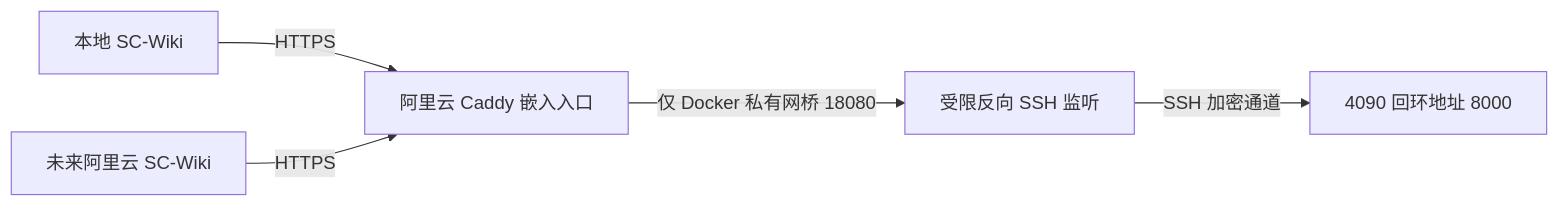
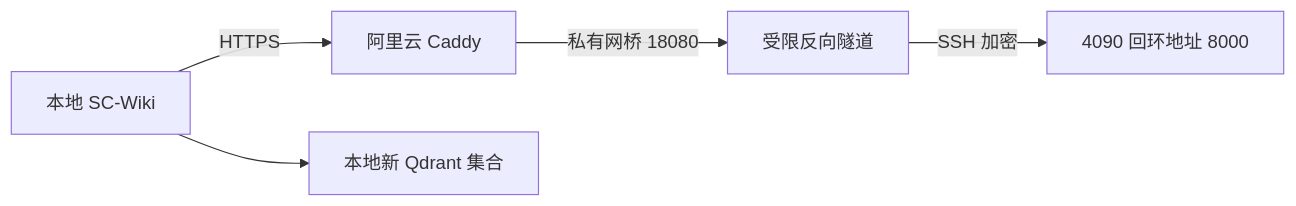
One commit to JLU-ICCMS-MaYuan/SC-Wiki changed the diagram in docs/specs/222-qwen3-embedding-service/plan.md. Above: the diagram before and after it, drawn with Mermaid. The commit also changed other lines of this file and 30 other files, not shown here.

````diff
--- a/docs/specs/222-qwen3-embedding-service/plan.md
+++ b/docs/specs/222-qwen3-embedding-service/plan.md
@@ -79,7 +9,7 @@
 ```mermaid
 flowchart LR
-    L[本地 SC-Wiki] -->|HTTPS| A[阿里云 Caddy 嵌入入口]
-    P[未来阿里云 SC-Wiki] -->|HTTPS| A
-    A -->|仅 Docker 私有网桥 18080| T[受限反向 SSH 监听]
-    T -->|SSH 加密通道| G[4090 回环地址 8000]
+    L[本地 SC-Wiki] -->|HTTPS| A[阿里云 Caddy]
+    A -->|私有网桥 18080| T[受限反向隧道]
+    T -->|SSH 加密| G[4090 回环地址 8000]
+    L --> Q[本地新 Qdrant 集合]
 ```
````
